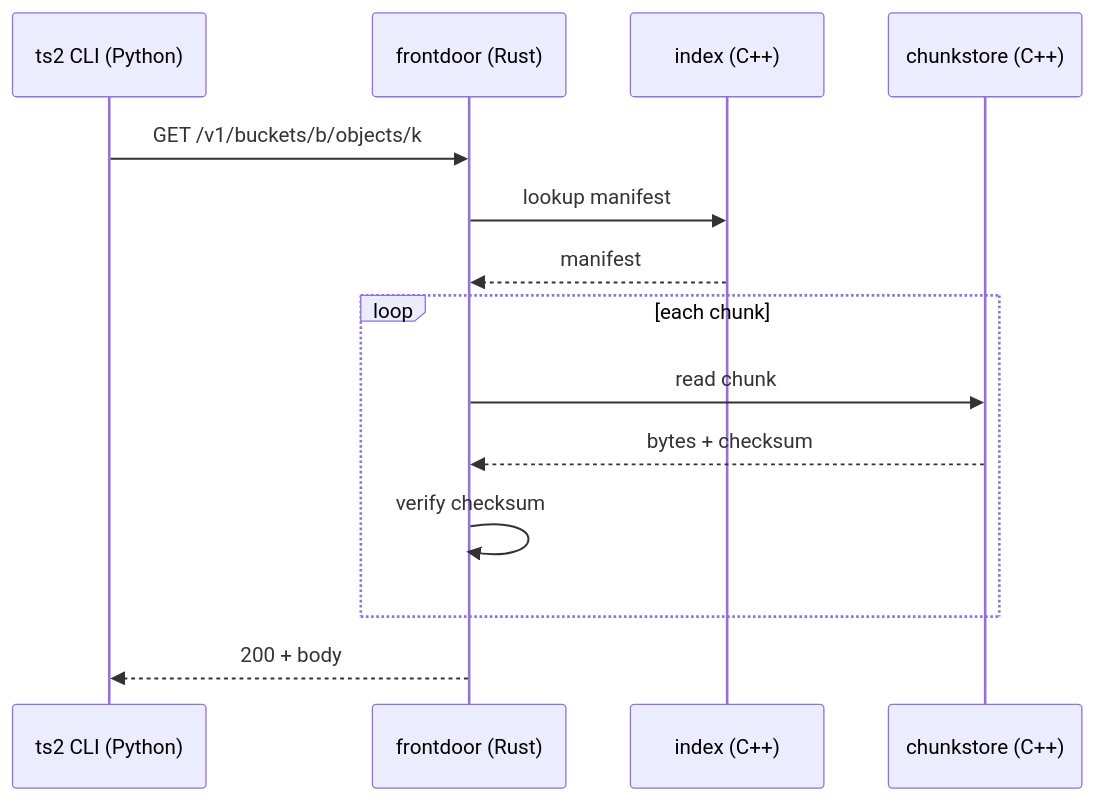
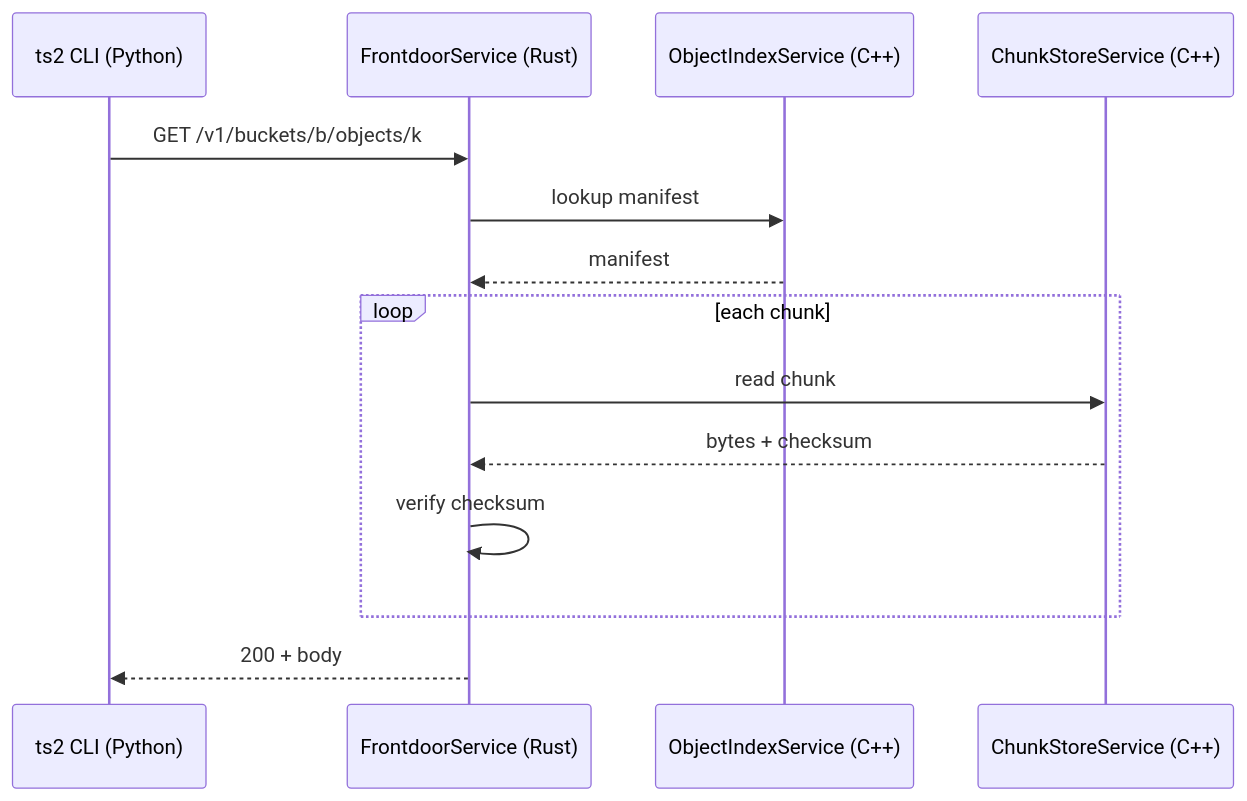
One commit to pratikSethi/toy-storage-service changed the third of 6 diagrams in docs/design/000-system-overview.md. Above: the diagram before and after it, drawn with Mermaid. The commit also changed other lines of this file and 18 other files, not shown here.

````diff
--- a/docs/design/000-system-overview.md
+++ b/docs/design/000-system-overview.md
@@ -132,16 +138,16 @@
 ```mermaid
 sequenceDiagram
   participant C as ts2 CLI (Python)
-  participant G as frontdoor (Rust)
-  participant M as index (C++)
-  participant N as chunkstore (C++)
+  participant G as FrontdoorService (Rust)
+  participant M as ObjectIndexService (C++)
+  participant N as ChunkStoreService (C++)
   C->>G: GET /v1/buckets/b/objects/k
   G->>M: lookup manifest
   M-->>G: manifest
   loop each chunk
     G->>N: read chunk
     N-->>G: bytes + checksum
     G->>G: verify checksum
   end
   G-->>C: 200 + body
 ```
````
